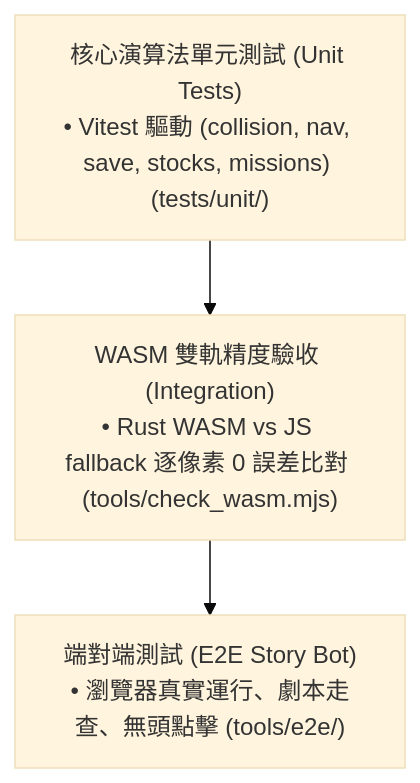
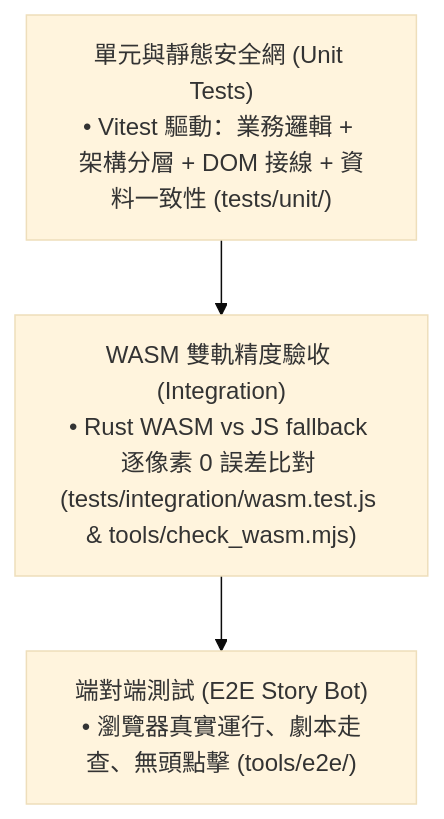
The diagram in docs/developer-guide.md (howardtuan/YanlinGTA), drawn with Mermaid (base theme) before and after one commit. The commit also changed other lines of this file and 11 other files, not shown here.

Commit message:
chore(docs): 整頓 GitHub Flow 開發規範 SSOT 與資料一致性測試

````diff
--- a/docs/developer-guide.md
+++ b/docs/developer-guide.md
@@ -64,9 +65,9 @@
 ```mermaid
 flowchart TD
     E2E["端對端測試 (E2E Story Bot)<br/>• 瀏覽器真實運行、劇本走查、無頭點擊 (tools/e2e/)"]
-    WASM["WASM 雙軌精度驗收 (Integration)<br/>• Rust WASM vs JS fallback 逐像素 0 誤差比對 (tools/check_wasm.mjs)"]
-    Unit["核心演算法單元測試 (Unit Tests)<br/>• Vitest 驅動 (collision, nav, save, stocks, missions) (tests/unit/)"]
+    WASM["WASM 雙軌精度驗收 (Integration)<br/>• Rust WASM vs JS fallback 逐像素 0 誤差比對 (tests/integration/wasm.test.js & tools/check_wasm.mjs)"]
+    Unit["單元與靜態安全網 (Unit Tests)<br/>• Vitest 驅動：業務邏輯 + 架構分層 + DOM 接線 + 資料一致性 (tests/unit/)"]
 
     Unit --> WASM
     WASM --> E2E
 ```
````
